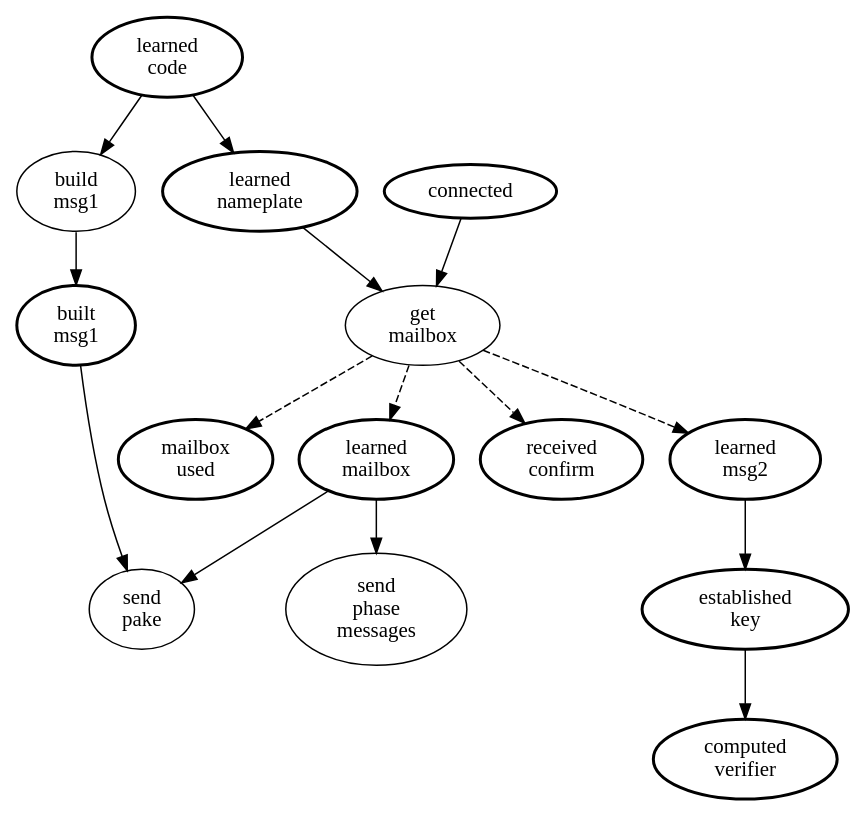
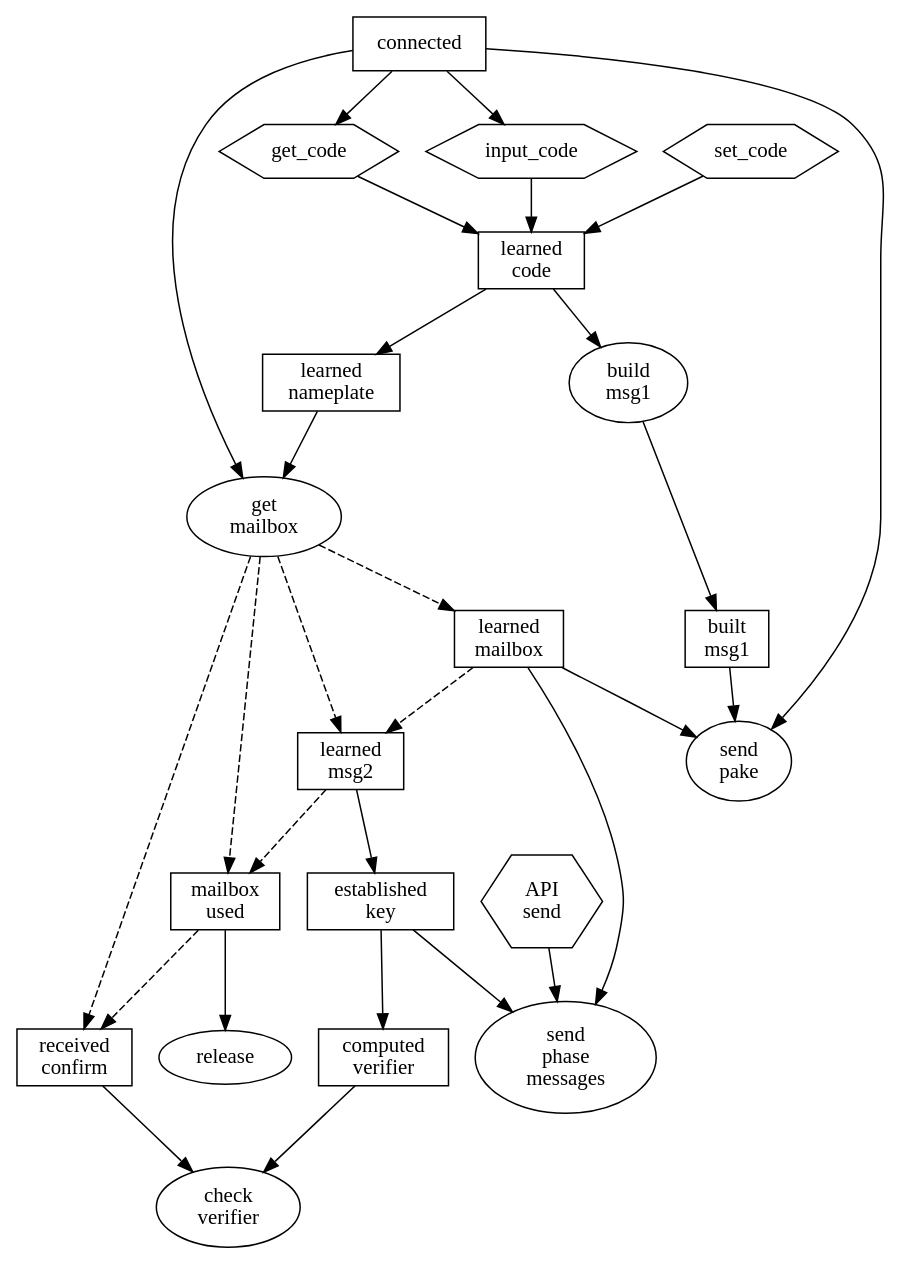
Before and after one commit to magic-wormhole/magic-wormhole: the diagram in events.dot, drawn with Graphviz.

Commit message:
better diagram

```diff
--- a/events.dot
+++ b/events.dot
@@ -1,38 +1,62 @@
 digraph {
-        event_learned_code [label="learned\ncode" style="bold"]
-        event_learned_nameplate [label="learned\nnameplate" style="bold"]
-        event_learned_mailbox [label="learned\nmailbox" style="bold"]
-        event_connected [label="connected" style="bold"]
-        event_built_msg1 [label="built\nmsg1" style="bold"]
-        event_mailbox_used [label="mailbox\nused" style="bold"]
-        event_learned_PAKE [label="learned\nmsg2" style="bold"]
-        event_established_key [label="established\nkey" style="bold"]
-        event_computed_verifier [label="computed\nverifier" style="bold"]
-        event_received_confirm [label="received\nconfirm" style="bold"]
+        event_learned_code [label="learned\ncode" shape="box"]
+        event_learned_nameplate [label="learned\nnameplate" shape="box"]
+        event_learned_mailbox [label="learned\nmailbox" shape="box"]
+        event_connected [label="connected" shape="box"]
+        event_built_msg1 [label="built\nmsg1" shape="box"]
+        event_mailbox_used [label="mailbox\nused" shape="box"]
+        event_learned_PAKE [label="learned\nmsg2" shape="box"]
+        event_established_key [label="established\nkey" shape="box"]
+        event_computed_verifier [label="computed\nverifier" shape="box"]
+        event_received_confirm [label="received\nconfirm" shape="box"]
+
+        event_connected -> api_get_code
+        event_connected -> api_input_code
+        api_get_code [label="get_code" shape="hexagon"]
+        api_input_code [label="input_code" shape="hexagon"]
+        api_set_code [label="set_code" shape="hexagon"]
+        api_get_code -> event_learned_code
+        api_input_code -> event_learned_code
+        api_set_code -> event_learned_code
+
 
         maybe_build_msg1 [label="build\nmsg1"]
         maybe_get_mailbox [label="get\nmailbox"]
         maybe_send_pake [label="send\npake"]
         maybe_send_phase_messages [label="send\nphase\nmessages"]
 
         event_connected -> maybe_get_mailbox
+        event_connected -> maybe_send_pake
 
         event_built_msg1 -> maybe_send_pake
 
         event_learned_code -> maybe_build_msg1
         event_learned_code -> event_learned_nameplate
 
         maybe_build_msg1 -> event_built_msg1
         event_learned_nameplate -> maybe_get_mailbox
 
         maybe_get_mailbox -> event_learned_mailbox [style="dashed"]
         maybe_get_mailbox -> event_mailbox_used [style="dashed"]
         maybe_get_mailbox -> event_learned_PAKE [style="dashed"]
         maybe_get_mailbox -> event_received_confirm [style="dashed"]
 
+        event_learned_mailbox -> event_learned_PAKE [style="dashed"]
+        event_learned_PAKE -> event_mailbox_used [style="dashed"]
+        event_mailbox_used -> event_received_confirm [style="dashed"]
+
+        send [label="API\nsend" shape="hexagon"]
+        send -> maybe_send_phase_messages
+        event_mailbox_used -> release
         event_learned_mailbox -> maybe_send_pake
         event_learned_mailbox -> maybe_send_phase_messages
 
         event_learned_PAKE -> event_established_key
         event_established_key -> event_computed_verifier
+        event_established_key -> maybe_send_phase_messages
+
+        check_verifier [label="check\nverifier"]
+        event_computed_verifier -> check_verifier
+        event_received_confirm -> check_verifier
+
 }
```
